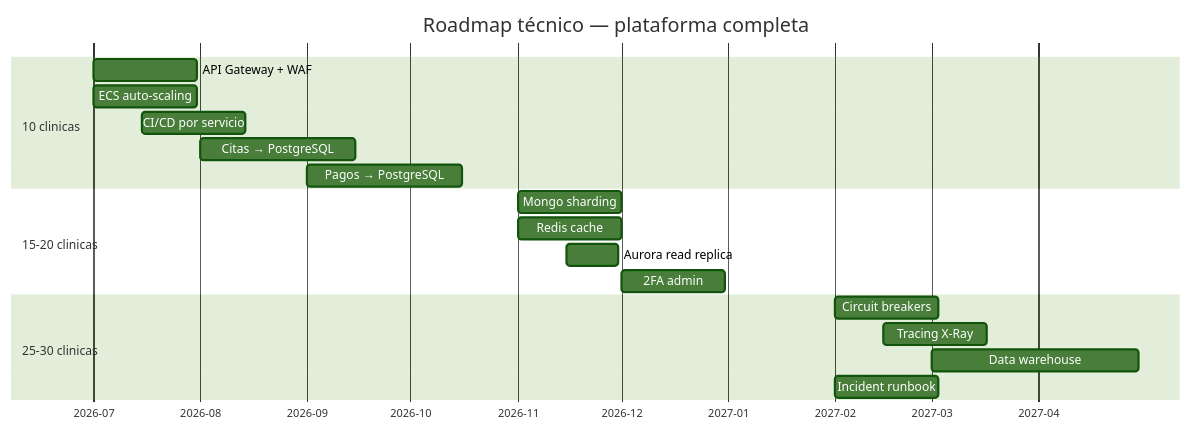
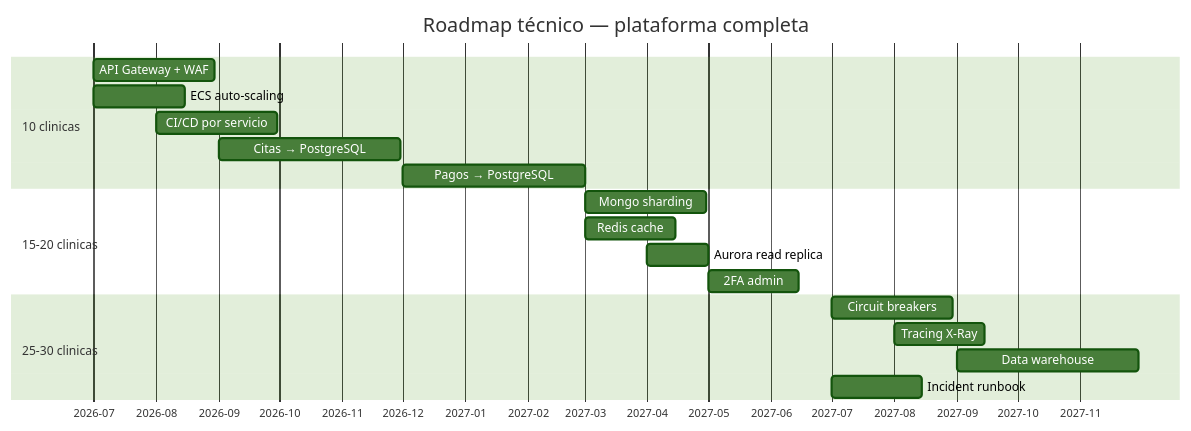
Before and after one commit to gmeono94/nua-salud-panel: diagram 20 of 20 in README.md, drawn with Mermaid (forest theme). The commit also changed other lines of this file, not shown here.

Commit message:
docs: add realistic buffer to all roadmap timelines
Migration tasks go from 30-45 days to 60-90 days each.
Infrastructure tasks doubled. Full multi-model migration
completes mid-2027 instead of Q1-2027. Platform roadmap
extends to end of 2027 instead of Q1.

````diff
--- a/README.md
+++ b/README.md
@@ -1037,25 +1037,25 @@
 ```mermaid
 gantt
     title Roadmap técnico — plataforma completa
     dateFormat YYYY-MM-DD
     axisFormat %Y-%m
 
     section 10 clinicas
-    API Gateway + WAF     :2026-07-01, 30d
-    ECS auto-scaling      :2026-07-01, 30d
-    CI/CD por servicio    :2026-07-15, 30d
-    Citas → PostgreSQL    :2026-08-01, 45d
-    Pagos → PostgreSQL    :2026-09-01, 45d
+    API Gateway + WAF     :2026-07-01, 60d
+    ECS auto-scaling      :2026-07-01, 45d
+    CI/CD por servicio    :2026-08-01, 60d
+    Citas → PostgreSQL    :2026-09-01, 90d
+    Pagos → PostgreSQL    :2026-12-01, 90d
 
     section 15-20 clinicas
-    Mongo sharding        :2026-11-01, 30d
-    Redis cache           :2026-11-01, 30d
-    Aurora read replica   :2026-11-15, 15d
-    2FA admin             :2026-12-01, 30d
+    Mongo sharding        :2027-03-01, 60d
+    Redis cache           :2027-03-01, 45d
+    Aurora read replica   :2027-04-01, 30d
+    2FA admin             :2027-05-01, 45d
 
     section 25-30 clinicas
-    Circuit breakers      :2027-02-01, 30d
-    Tracing X-Ray         :2027-02-15, 30d
-    Data warehouse        :2027-03-01, 60d
-    Incident runbook      :2027-02-01, 30d
+    Circuit breakers      :2027-07-01, 60d
+    Tracing X-Ray         :2027-08-01, 45d
+    Data warehouse        :2027-09-01, 90d
+    Incident runbook      :2027-07-01, 45d
 ```
````
